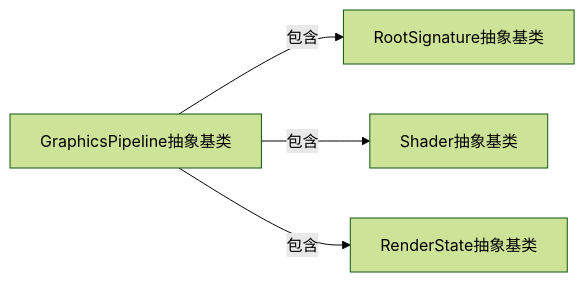
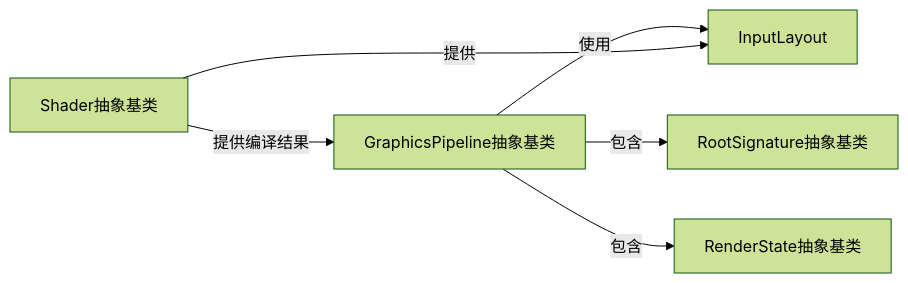
Before and after one commit to jerrysheen/Hazel_Engine: the diagram in Mermaid/RHI_管线系统.md, drawn with Mermaid (forest theme). The commit also changed other lines of this file and 8 other files, not shown here.

First line of the commit message:
docs(RHI): 更新RHI架构设计文档并优化图表表示

````diff
--- a/Mermaid/RHI_管线系统.md
+++ b/Mermaid/RHI_管线系统.md
@@ -1,13 +1,20 @@
 ```mermaid
 graph LR;
     %% 管线系统模块
     GraphicsPipeline[GraphicsPipeline抽象基类]
     RootSignature[RootSignature抽象基类]
+    RenderState[RenderState抽象基类]
+    InputLayout[InputLayout]
+    
+    %% 外部引用
     Shader[Shader抽象基类]
-    RenderState[RenderState抽象基类]
     
     %% 内部关系
     GraphicsPipeline -- 包含 --> RootSignature
-    GraphicsPipeline -- 包含 --> Shader
     GraphicsPipeline -- 包含 --> RenderState
+    GraphicsPipeline -- 使用 --> InputLayout
+    
+    %% 与外部系统关系
+    Shader -- 提供 --> InputLayout
+    Shader -- 提供编译结果 --> GraphicsPipeline
 ``` 
````
